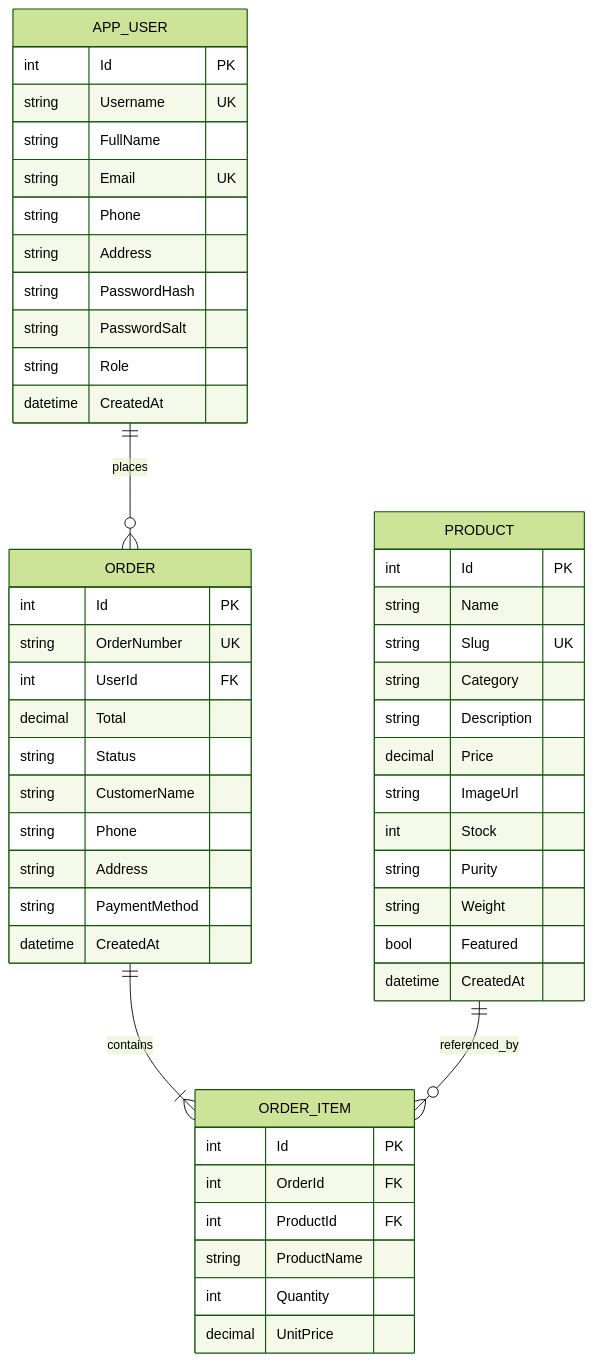
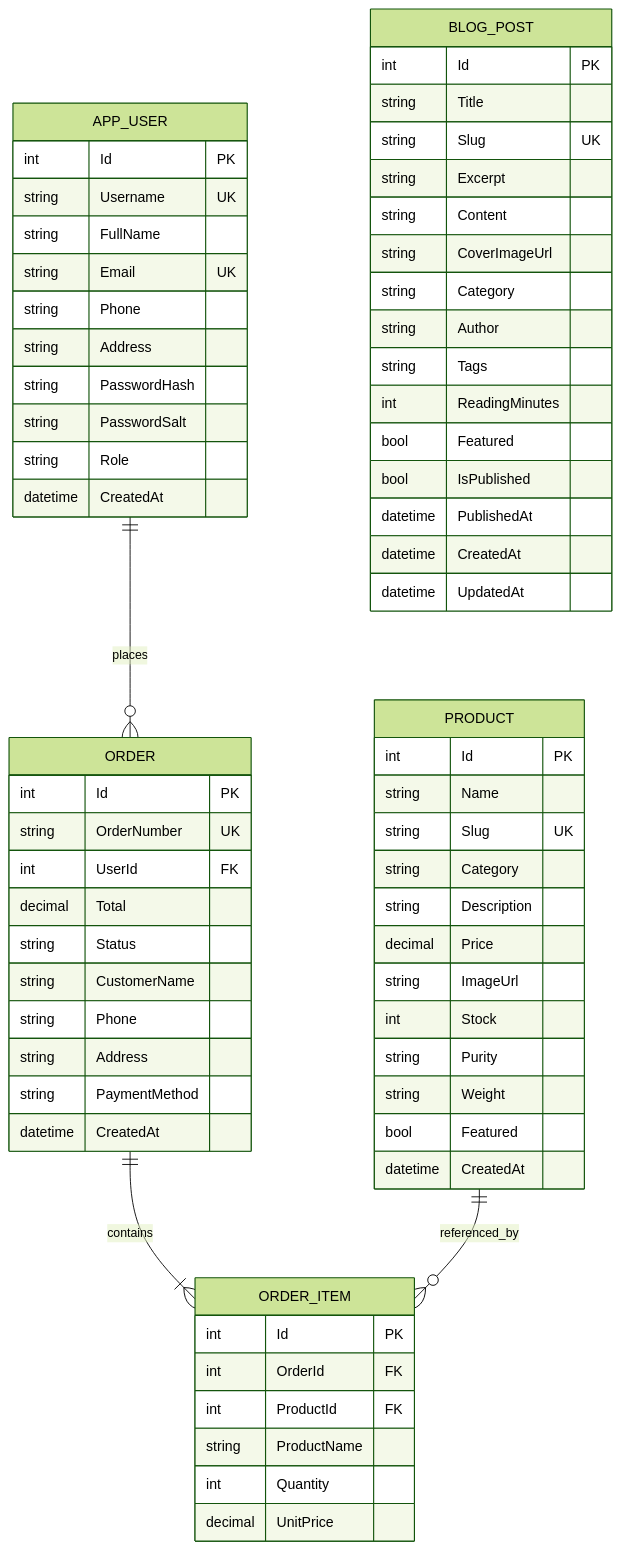
One commit to mohamadkheiry/mobinsilver changed the first of 2 diagrams in docs/data-model.md. Above: the diagram before and after it, drawn with Mermaid (forest theme). The commit also changed other lines of this file and 39 other files, not shown here.

````diff
--- a/docs/data-model.md
+++ b/docs/data-model.md
@@ -5,56 +5,74 @@
 ```mermaid
 erDiagram
     APP_USER ||--o{ ORDER : places
     ORDER ||--|{ ORDER_ITEM : contains
     PRODUCT ||--o{ ORDER_ITEM : referenced_by
 
     APP_USER {
         int Id PK
         string Username UK
         string FullName
         string Email UK
         string Phone
         string Address
         string PasswordHash
         string PasswordSalt
         string Role
         datetime CreatedAt
     }
 
     PRODUCT {
         int Id PK
         string Name
         string Slug UK
         string Category
         string Description
         decimal Price
         string ImageUrl
         int Stock
         string Purity
         string Weight
         bool Featured
         datetime CreatedAt
     }
 
     ORDER {
         int Id PK
         string OrderNumber UK
         int UserId FK
         decimal Total
         string Status
         string CustomerName
         string Phone
         string Address
         string PaymentMethod
         datetime CreatedAt
     }
 
     ORDER_ITEM {
         int Id PK
         int OrderId FK
         int ProductId FK
         string ProductName
         int Quantity
         decimal UnitPrice
     }
+
+    BLOG_POST {
+        int Id PK
+        string Title
+        string Slug UK
+        string Excerpt
+        string Content
+        string CoverImageUrl
+        string Category
+        string Author
+        string Tags
+        int ReadingMinutes
+        bool Featured
+        bool IsPublished
+        datetime PublishedAt
+        datetime CreatedAt
+        datetime UpdatedAt
+    }
 ```
````
